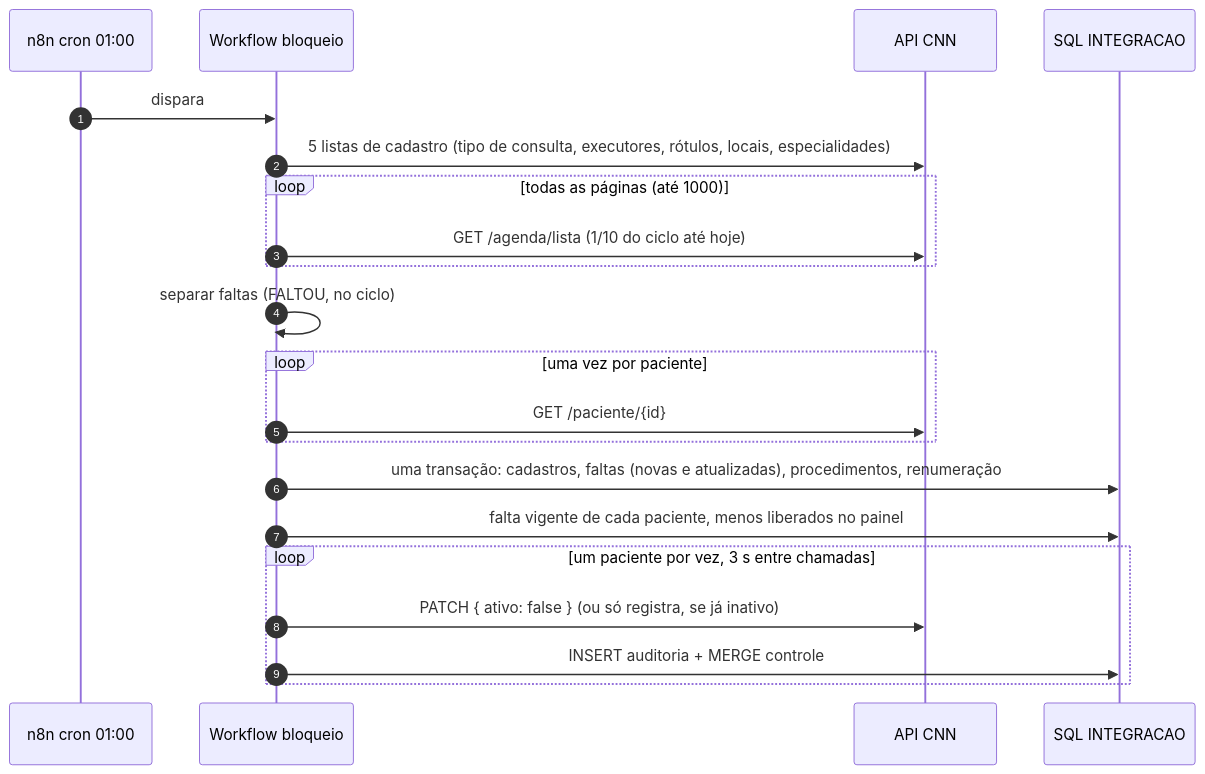
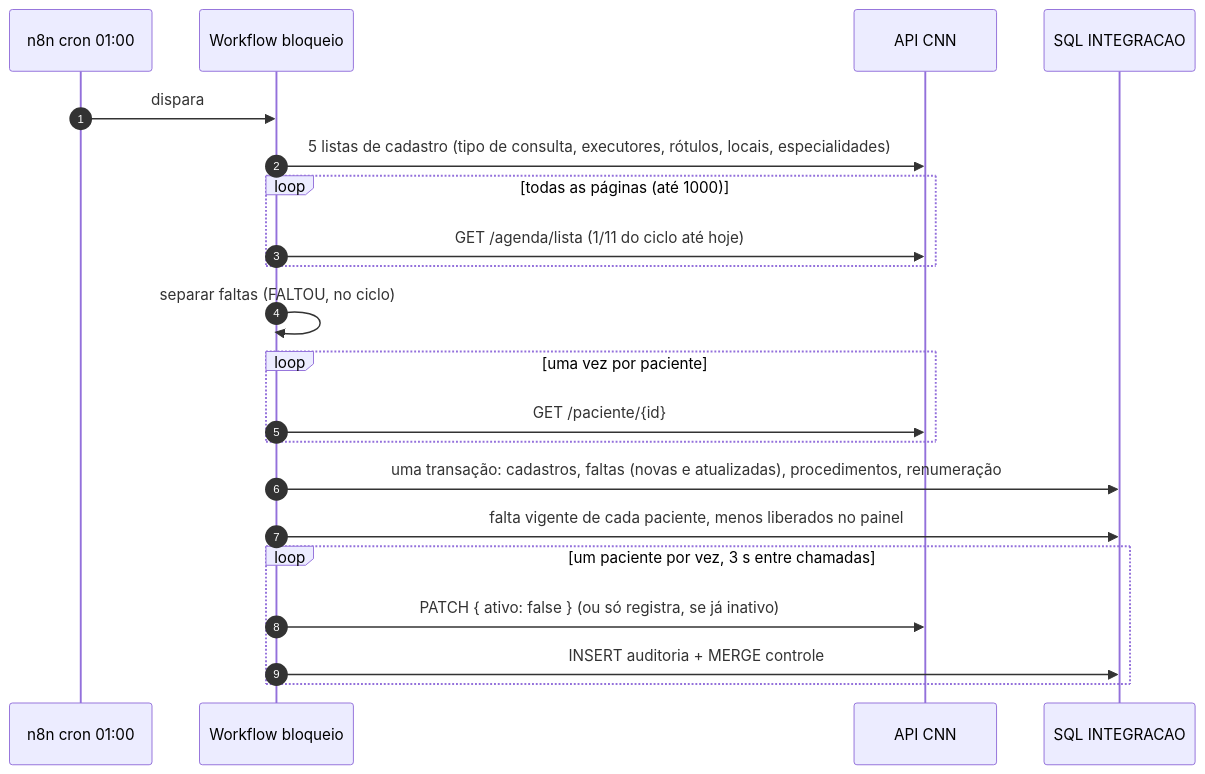
The fourth of 6 diagrams in docs/arquitetura.md (clariens/painel-integracao-desbloqueio-CNN-web), drawn with Mermaid before and after one commit. The commit also changed other lines of this file and 68 other files, not shown here.

````diff
--- a/docs/arquitetura.md
+++ b/docs/arquitetura.md
@@ -182,24 +182,24 @@
 ```mermaid
 sequenceDiagram
     autonumber
     participant Cron as n8n cron 01:00
     participant WB as Workflow bloqueio
     participant API as API CNN
     participant DB as SQL INTEGRACAO
 
     Cron->>WB: dispara
     WB->>API: 5 listas de cadastro (tipo de consulta, executores, rótulos, locais, especialidades)
     loop todas as páginas (até 1000)
-        WB->>API: GET /agenda/lista (1/10 do ciclo até hoje)
+        WB->>API: GET /agenda/lista (1/11 do ciclo até hoje)
     end
     WB->>WB: separar faltas (FALTOU, no ciclo)
     loop uma vez por paciente
         WB->>API: GET /paciente/{id}
     end
     WB->>DB: uma transação: cadastros, faltas (novas e atualizadas), procedimentos, renumeração
     WB->>DB: falta vigente de cada paciente, menos liberados no painel
     loop um paciente por vez, 3 s entre chamadas
         WB->>API: PATCH { ativo: false } (ou só registra, se já inativo)
         WB->>DB: INSERT auditoria + MERGE controle
     end
 ```
````
